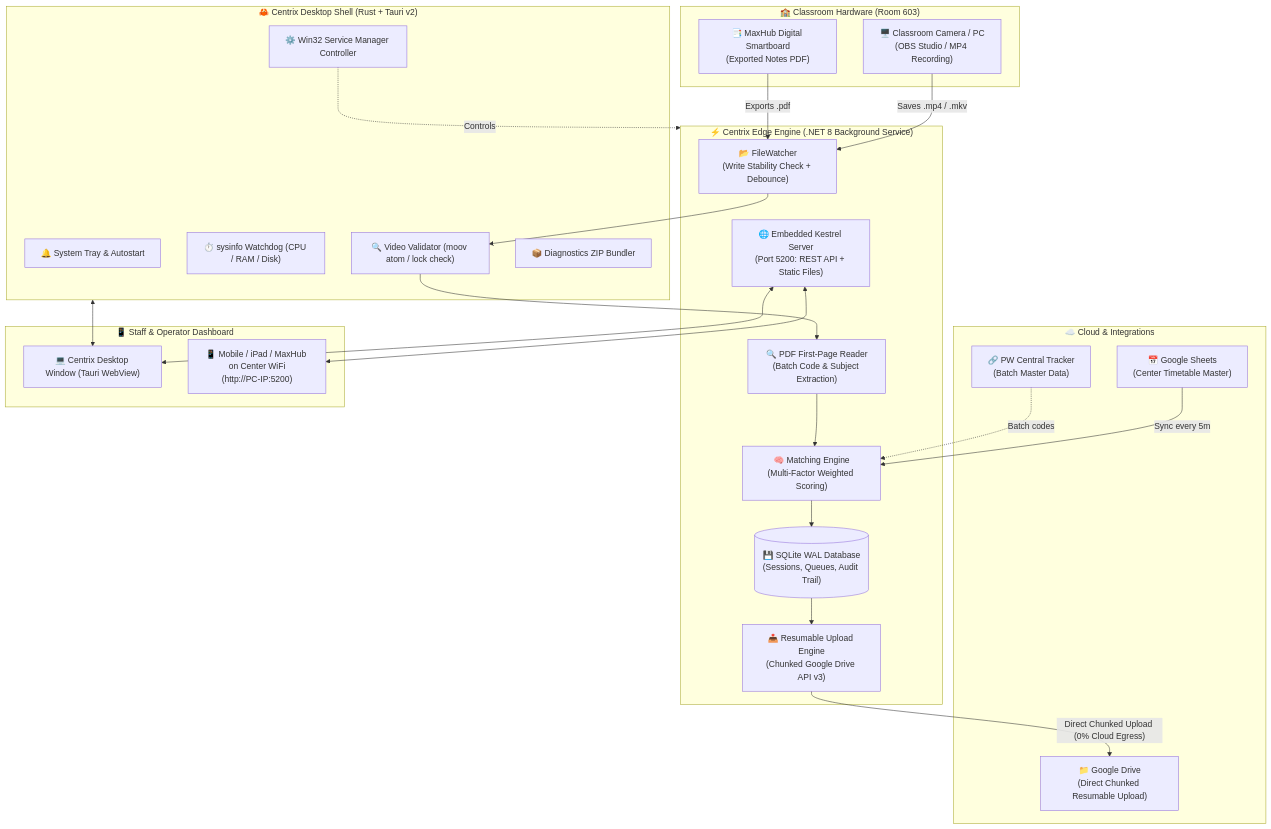
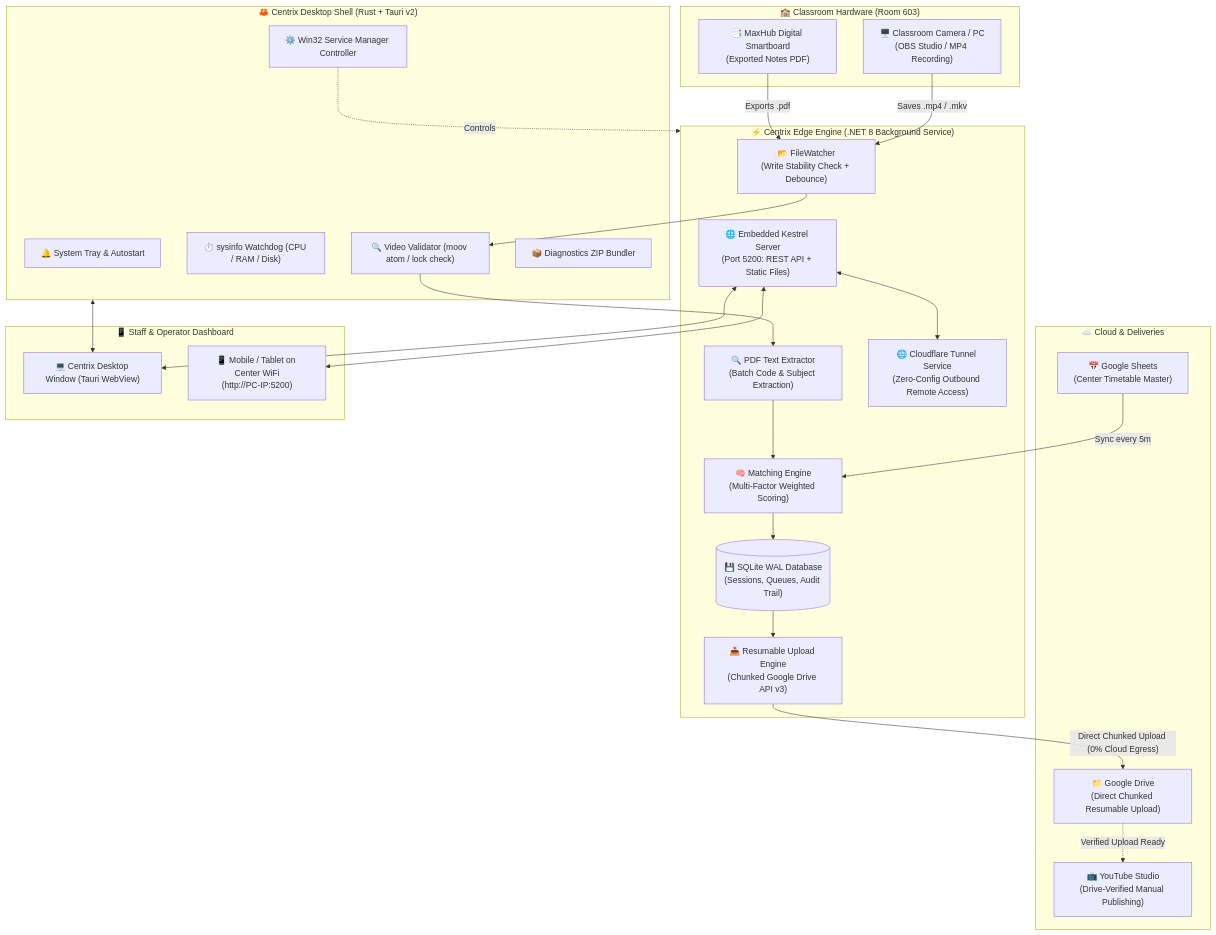
One commit to Mishra-Aniket/Centrix_rust changed the diagram in README.md. Above: the diagram before and after it, drawn with Mermaid. The commit also changed other lines of this file and 13 other files, not shown here.

Commit message:
docs(readme): rewrite comprehensive README with Centrix logo, add manual YouTube publish workflow, and remove legacy PW branding

````diff
--- a/README.md
+++ b/README.md
@@ -158,51 +143,53 @@
 ```mermaid
 flowchart TD
     subgraph Classroom ["🏫 Classroom Hardware (Room 603)"]
         CamPC["🖥️ Classroom Camera / PC<br/>(OBS Studio / MP4 Recording)"]
         MaxHub["📑 MaxHub Digital Smartboard<br/>(Exported Notes PDF)"]
     end
 
     subgraph TauriShell ["🦀 Centrix Desktop Shell (Rust + Tauri v2)"]
         Tray["🔔 System Tray & Autostart"]
         HealthW["⏱️ sysinfo Watchdog (CPU / RAM / Disk)"]
         VidVal["🔍 Video Validator (moov atom / lock check)"]
         Diag["📦 Diagnostics ZIP Bundler"]
         SvcMgr["⚙️ Win32 Service Manager Controller"]
     end
 
     subgraph EdgeAgent ["⚡ Centrix Edge Engine (.NET 8 Background Service)"]
         FW["📂 FileWatcher<br/>(Write Stability Check + Debounce)"]
-        PDFR["🔍 PDF First-Page Reader<br/>(Batch Code & Subject Extraction)"]
+        PDFR["🔍 PDF Text Extractor<br/>(Batch Code & Subject Extraction)"]
         ME["🧠 Matching Engine<br/>(Multi-Factor Weighted Scoring)"]
         DB[("💾 SQLite WAL Database<br/>(Sessions, Queues, Audit Trail)")]
         UQ["📤 Resumable Upload Engine<br/>(Chunked Google Drive API v3)"]
         Kestrel["🌐 Embedded Kestrel Server<br/>(Port 5200: REST API + Static Files)"]
+        Tunnel["🌐 Cloudflare Tunnel Service<br/>(Zero-Config Outbound Remote Access)"]
     end
 
-    subgraph Cloud ["☁️ Cloud & Integrations"]
+    subgraph Cloud ["☁️ Cloud & Deliveries"]
         GDrive["📁 Google Drive<br/>(Direct Chunked Resumable Upload)"]
         GSheet["📅 Google Sheets<br/>(Center Timetable Master)"]
-        Tracker["🔗 PW Central Tracker<br/>(Batch Master Data)"]
+        YT["📺 YouTube Studio<br/>(Drive-Verified Manual Publishing)"]
     end
 
     subgraph StaffUI ["📱 Staff & Operator Dashboard"]
         DesktopApp["💻 Centrix Desktop Window (Tauri WebView)"]
-        MobilePWA["📱 Mobile / iPad / MaxHub on Center WiFi<br/>(http://PC-IP:5200)"]
+        MobilePWA["📱 Mobile / Tablet on Center WiFi<br/>(http://PC-IP:5200)"]
     end
 
     CamPC -- "Saves .mp4 / .mkv" --> FW
     MaxHub -- "Exports .pdf" --> FW
     FW --> VidVal
     VidVal --> PDFR
     PDFR --> ME
     GSheet -- "Sync every 5m" --> ME
-    Tracker -. "Batch codes" .-> ME
     ME --> DB
     DB --> UQ
     UQ -- "Direct Chunked Upload (0% Cloud Egress)" --> GDrive
+    GDrive -. "Verified Upload Ready" .-> YT
     
     Kestrel <--> DesktopApp
     Kestrel <--> MobilePWA
+    Kestrel <--> Tunnel
     TauriShell <--> DesktopApp
     SvcMgr -. "Controls" .-> EdgeAgent
 ```
````
